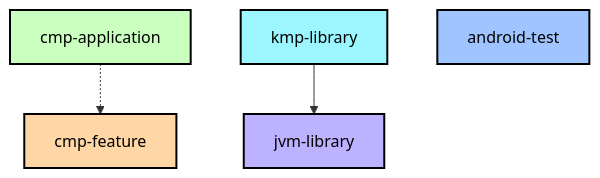
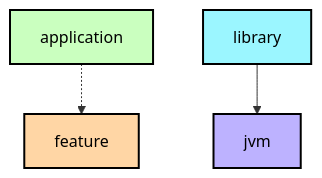
Before and after one commit to lihenggui/nowinkmp: the second of 2 diagrams in lint/README.md, drawn with Mermaid. The commit also changed other lines of this file and 26 other files, not shown here.

First line of the commit message:
Revert "Updates module graphs"

````diff
--- a/lint/README.md
+++ b/lint/README.md
@@ -26,18 +26,17 @@
 ```mermaid
 graph TB
-  cmp-application[cmp-application]:::cmp-application
-  cmp-feature[cmp-feature]:::cmp-feature
-  kmp-library[kmp-library]:::kmp-library
-  jvm-library[jvm-library]:::jvm-library
-  android-test[android-test]:::android-test
+  application[application]:::android-application
+  feature[feature]:::android-feature
+  library[library]:::android-library
+  jvm[jvm]:::jvm-library
 
-  cmp-application -.-> cmp-feature
-  kmp-library --> jvm-library
+  application -.-> feature
+  library --> jvm
 
-classDef cmp-application fill:#CAFFBF,stroke:#000,stroke-width:2px,color:#000;
-classDef cmp-feature fill:#FFD6A5,stroke:#000,stroke-width:2px,color:#000;
-classDef kmp-library fill:#9BF6FF,stroke:#000,stroke-width:2px,color:#000;
+classDef android-application fill:#CAFFBF,stroke:#000,stroke-width:2px,color:#000;
+classDef android-feature fill:#FFD6A5,stroke:#000,stroke-width:2px,color:#000;
+classDef android-library fill:#9BF6FF,stroke:#000,stroke-width:2px,color:#000;
+classDef android-test fill:#A0C4FF,stroke:#000,stroke-width:2px,color:#000;
 classDef jvm-library fill:#BDB2FF,stroke:#000,stroke-width:2px,color:#000;
-classDef android-test fill:#A0C4FF,stroke:#000,stroke-width:2px,color:#000;
 classDef unknown fill:#FFADAD,stroke:#000,stroke-width:2px,color:#000;
 ```
````
